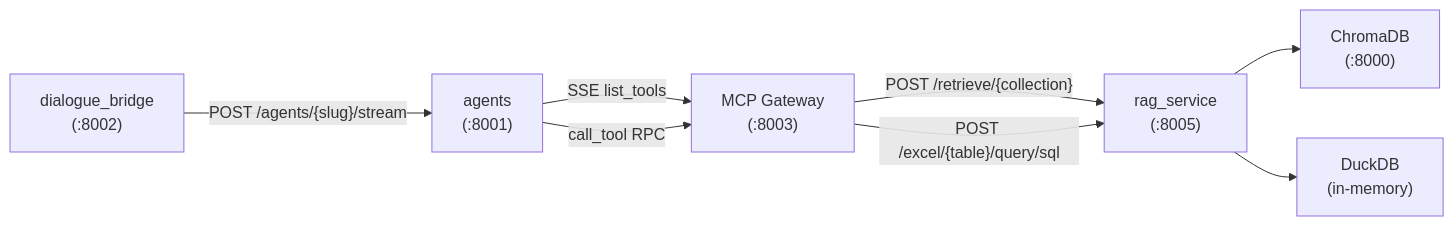
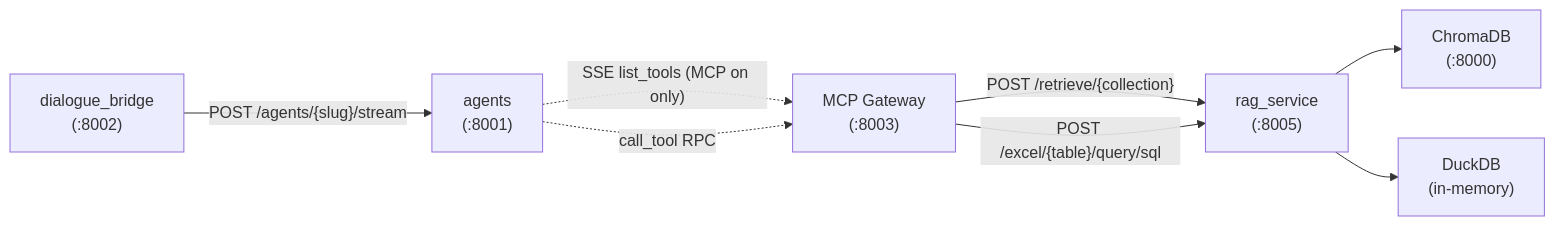
Before and after one commit to konstantinosmpouros/mAgenticX: the first of 10 diagrams in docs/development/retrieval-and-tools.md, drawn with Mermaid. The commit also changed other lines of this file and 31 other files, not shown here.

````diff
--- a/docs/development/retrieval-and-tools.md
+++ b/docs/development/retrieval-and-tools.md
@@ -9,17 +9,17 @@
 ```mermaid
 flowchart LR
     Bridge["dialogue_bridge\n(:8002)"]
     Agents["agents\n(:8001)"]
     MCP["MCP Gateway\n(:8003)"]
     RAG["rag_service\n(:8005)"]
     Chroma["ChromaDB\n(:8000)"]
     Duck["DuckDB\n(in-memory)"]
 
     Bridge -->|"POST /agents/{slug}/stream"| Agents
-    Agents -->|"SSE list_tools"| MCP
-    Agents -->|"call_tool RPC"| MCP
+    Agents -.->|"SSE list_tools (MCP on only)"| MCP
+    Agents -.->|"call_tool RPC"| MCP
     MCP -->|"POST /retrieve/{collection}"| RAG
     MCP -->|"POST /excel/{table}/query/sql"| RAG
     RAG --> Chroma
     RAG --> Duck
 ```
````
